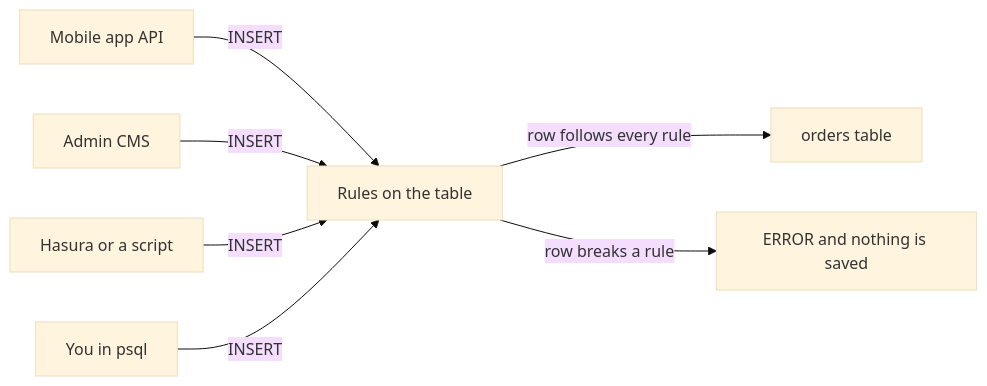
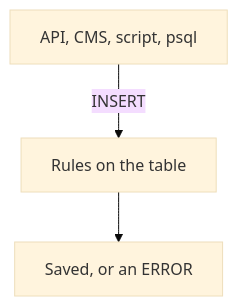
Before and after one commit to starjustice/research-material: the first of 3 diagrams in learn/database/08-constraints-and-data-types.md, drawn with Mermaid (base theme). The commit also changed other lines of this file, not shown here.

````diff
--- a/learn/database/08-constraints-and-data-types.md
+++ b/learn/database/08-constraints-and-data-types.md
@@ -26,9 +15,5 @@
 ```mermaid
-graph LR
-    A["Mobile app API"] -->|INSERT| G["Rules on the table"]
-    B["Admin CMS"] -->|INSERT| G
-    C["Hasura or a script"] -->|INSERT| G
-    D["You in psql"] -->|INSERT| G
-    G -->|row follows every rule| T["orders table"]
-    G -->|row breaks a rule| E["ERROR and nothing is saved"]
+graph TB
+    A["API, CMS, script, psql"] -->|INSERT| G["Rules on the table"]
+    G --> T["Saved, or an ERROR"]
 ```
````
